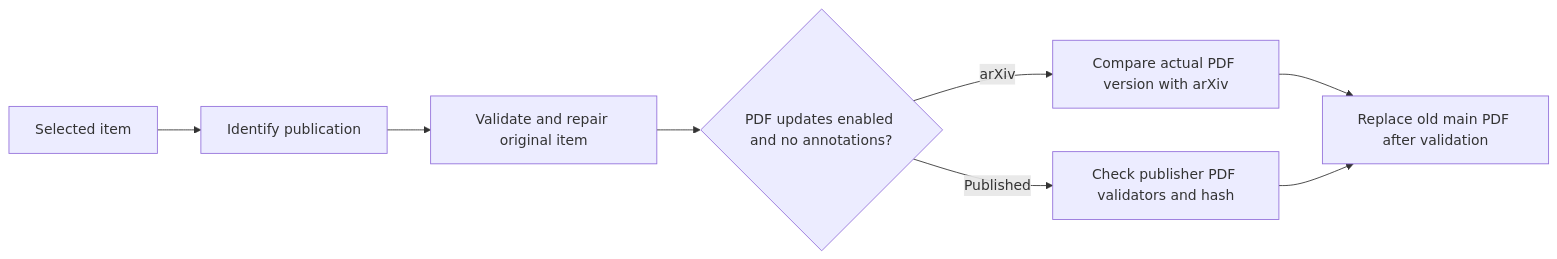
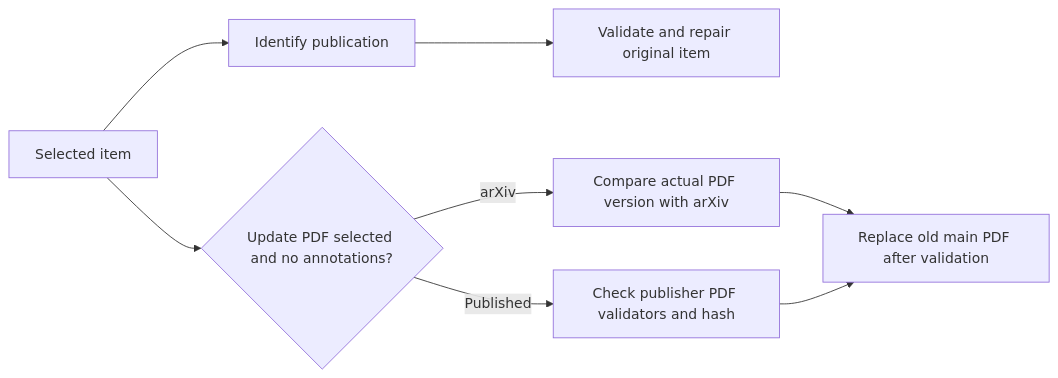
The diagram in README.md (lzcn/zotero-metadata-fixer), drawn with Mermaid before and after one commit. The commit also changed other lines of this file and 10 other files, not shown here.

````diff
--- a/README.md
+++ b/README.md
@@ -42,10 +46,10 @@
 ```mermaid
 flowchart LR
   A[Selected item] --> B[Identify publication]
   B --> C[Validate and repair original item]
-  C --> D{PDF updates enabled and no annotations?}
+  A --> D{Update PDF selected and no annotations?}
   D -->|arXiv| E[Compare actual PDF version with arXiv]
   D -->|Published| F[Check publisher PDF validators and hash]
   E --> G[Replace old main PDF after validation]
   F --> G
 ```
````
